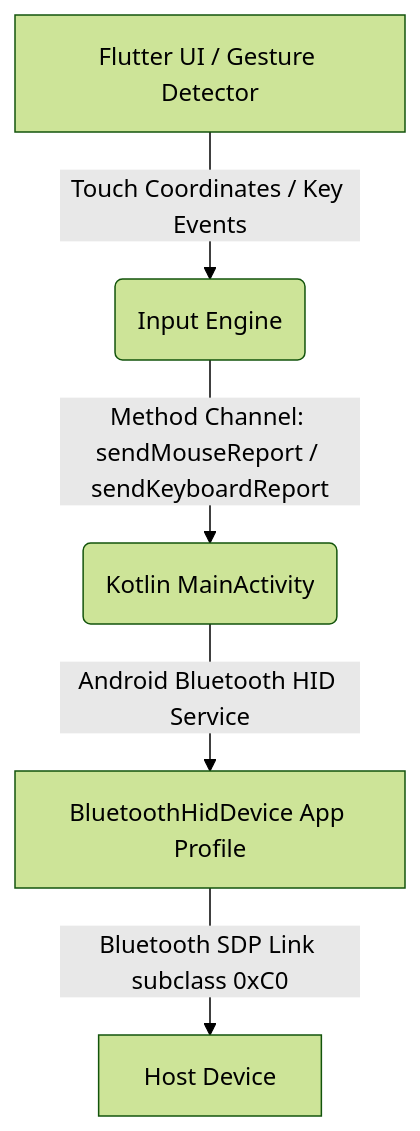
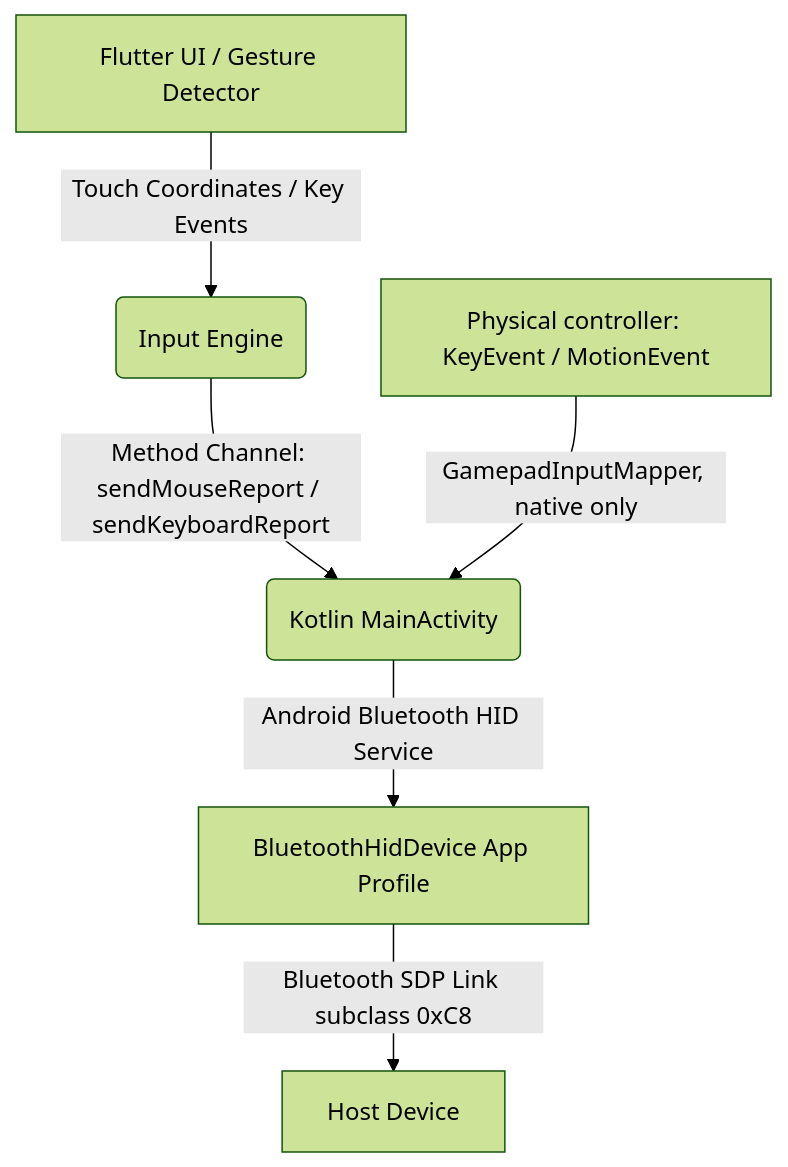
One commit to Poggecci/couchmouse changed the diagram in README.md. Above: the diagram before and after it, drawn with Mermaid (forest theme). The commit also changed other lines of this file and 19 other files, not shown here.

First line of the commit message:
feat(gamepad): forward physical controls over Bluetooth HID

````diff
--- a/README.md
+++ b/README.md
@@ -51,7 +63,8 @@
 ```mermaid
 graph TD
     A[Flutter UI / Gesture Detector] -->|Touch Coordinates / Key Events| B(Input Engine)
     B -->|Method Channel: sendMouseReport / sendKeyboardReport| C(Kotlin MainActivity)
     C -->|Android Bluetooth HID Service| D[BluetoothHidDevice App Profile]
-    D -->|Bluetooth SDP Link subclass 0xC0| E[Host Device]
+    D -->|Bluetooth SDP Link subclass 0xC8| E[Host Device]
+    F[Physical controller: KeyEvent / MotionEvent] -->|GamepadInputMapper, native only| C
 ```
````
